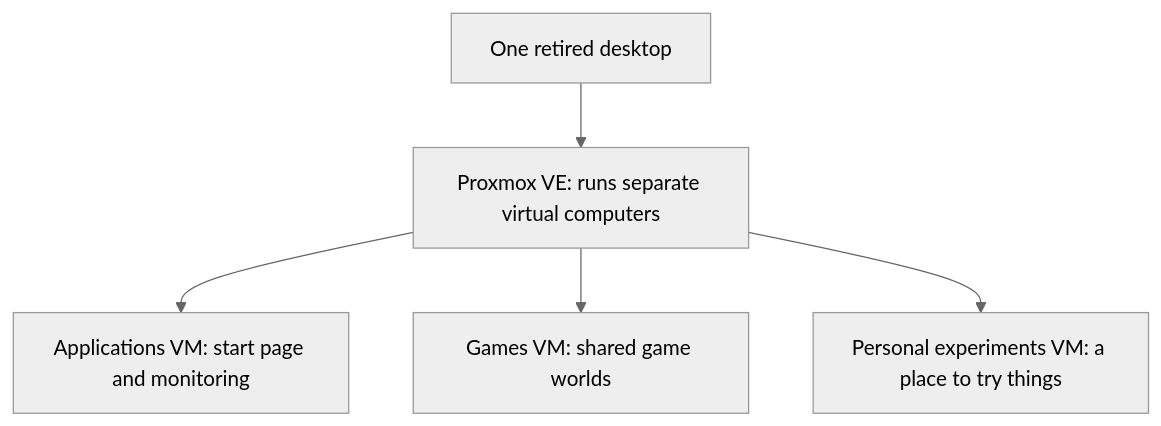
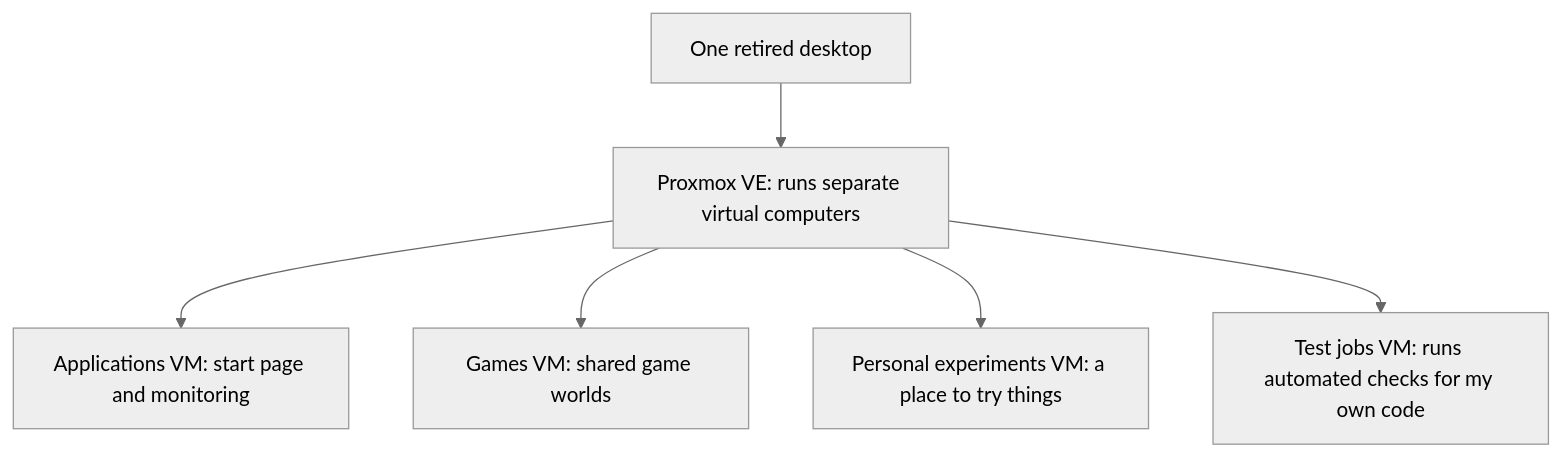
Before and after one commit to jameskbb/homelab-public: the first of 2 diagrams in docs/architecture.md, drawn with Mermaid (neutral theme). The commit also changed other lines of this file and 6 other files, not shown here.

First line of the commit message:
docs: add the test jobs VM, remote access, friends' game access, and weekly reboot

````diff
--- a/docs/architecture.md
+++ b/docs/architecture.md
@@ -14,7 +15,8 @@
 ```mermaid
 flowchart TD
     desktop["One retired desktop"] --> proxmox["Proxmox VE: runs separate virtual computers"]
     proxmox --> apps["Applications VM: start page and monitoring"]
     proxmox --> games["Games VM: shared game worlds"]
     proxmox --> experiments["Personal experiments VM: a place to try things"]
+    proxmox --> tests["Test jobs VM: runs automated checks for my own code"]
 ```
````
